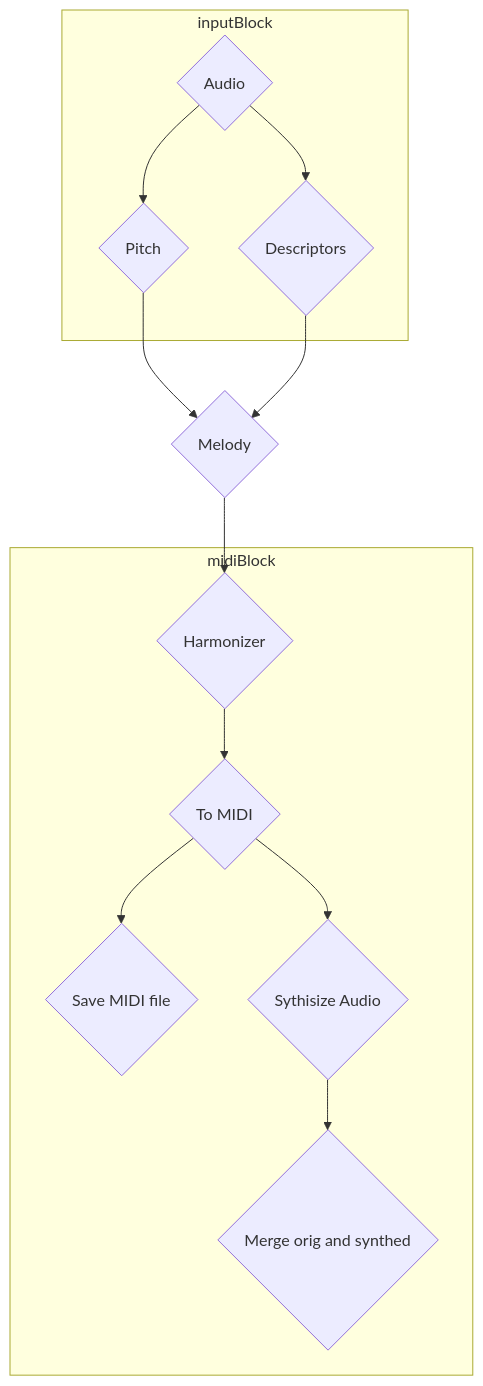
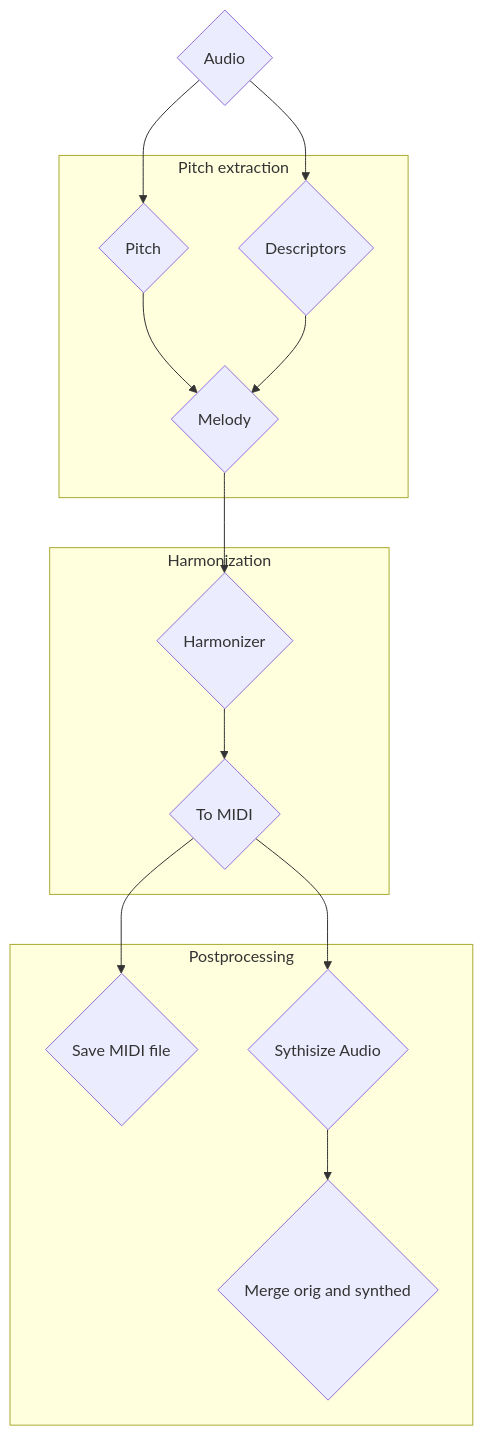
The diagram in README.md (hoggl-dsp/GenMusPianoAccompaniment), drawn with Mermaid before and after one commit.

Commit message:
Update flowchart in README.md

````diff
--- a/README.md
+++ b/README.md
@@ -6,32 +6,35 @@
 ```mermaid
 flowchart TD
     A{Audio}-->P{Pitch}
     A-->D{Descriptors}
     P-->M{Melody}
     D-->M
     M-->H{Harmonizer}
     H-->T{To MIDI}
     T-->S{Save MIDI file}
     T-->AD{Sythisize Audio}
     AD-->ME{Merge orig and synthed}
 
     %% Highlight input section
-    subgraph inputBlock
-        A
+    subgraph pitch_extraction[Pitch extraction]
         P
         D
+        M
     end
 
     %% Highlight MIDI generation section
-    subgraph midiBlock
+    subgraph harmonization[Harmonization]
         H
         T
+    end
+
+    subgraph post_processing[Postprocessing]
         S
         AD
         ME
     end
 
     %% Define styling for blocks
     classDef inputBlock fill:#e3f2fd,stroke:#1e88e5,stroke-width:2px,rx:8,ry:8;
     classDef midiBlock fill:#fce4ec,stroke:#d81b60,stroke-width:2px,rx:8,ry:8;
 ```
````
